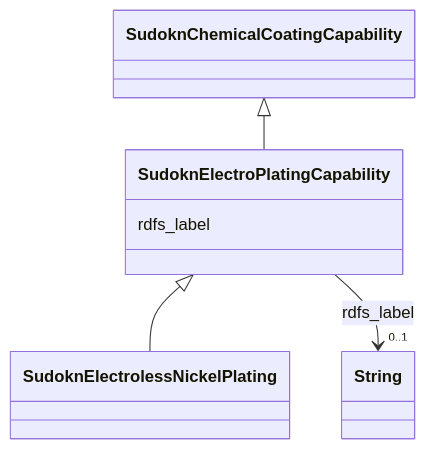
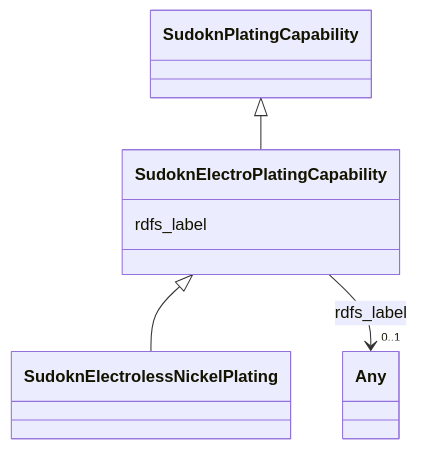
The diagram in sudokn-kg/classes/SudoknElectroPlatingCapability.md (frink-okn/graph-descriptions), drawn with Mermaid before and after one commit. The commit also changed other lines of this file and 903 other files, not shown here.

````diff
--- a/sudokn-kg/classes/SudoknElectroPlatingCapability.md
+++ b/sudokn-kg/classes/SudoknElectroPlatingCapability.md
@@ -23,23 +18,23 @@
 ```mermaid
  classDiagram
     class SudoknElectroPlatingCapability
     click SudoknElectroPlatingCapability href "../SudoknElectroPlatingCapability"
-      SudoknChemicalCoatingCapability <|-- SudoknElectroPlatingCapability
-        click SudoknChemicalCoatingCapability href "../SudoknChemicalCoatingCapability"
+      SudoknPlatingCapability <|-- SudoknElectroPlatingCapability
+        click SudoknPlatingCapability href "../SudoknPlatingCapability"
       
 
       SudoknElectroPlatingCapability <|-- SudoknElectrolessNickelPlating
         click SudoknElectrolessNickelPlating href "../SudoknElectrolessNickelPlating"
       
       
       SudoknElectroPlatingCapability : rdfs_label
         
           
     
     
-    SudoknElectroPlatingCapability --> "0..1" String : rdfs_label
-    click String href "../String"
+    SudoknElectroPlatingCapability --> "0..1" Any : rdfs_label
+    click Any href "../Any"
 
         
       
 ```
````
